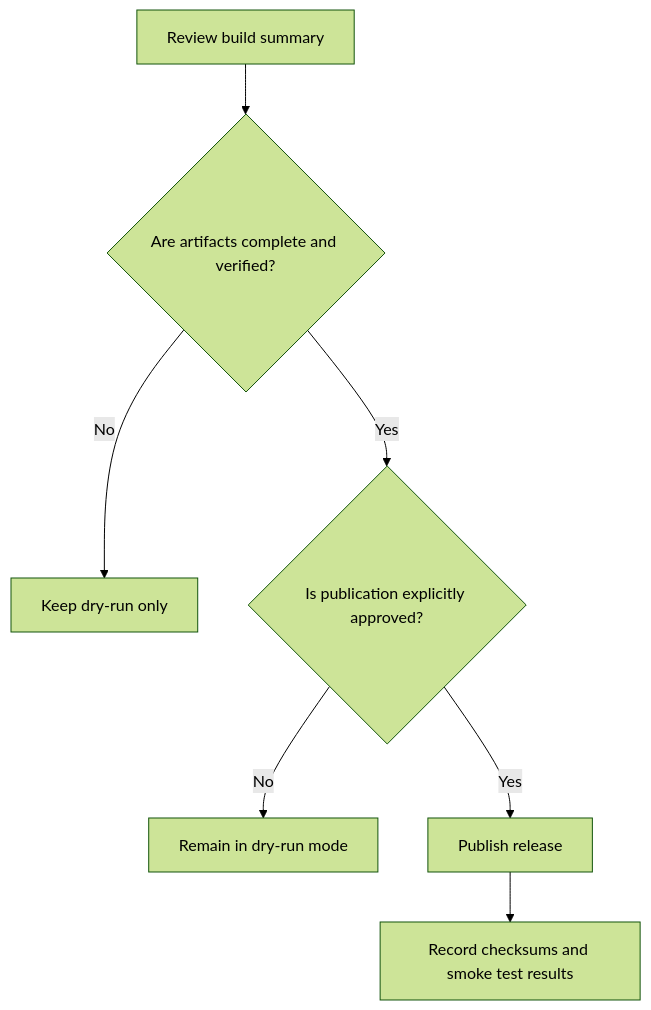
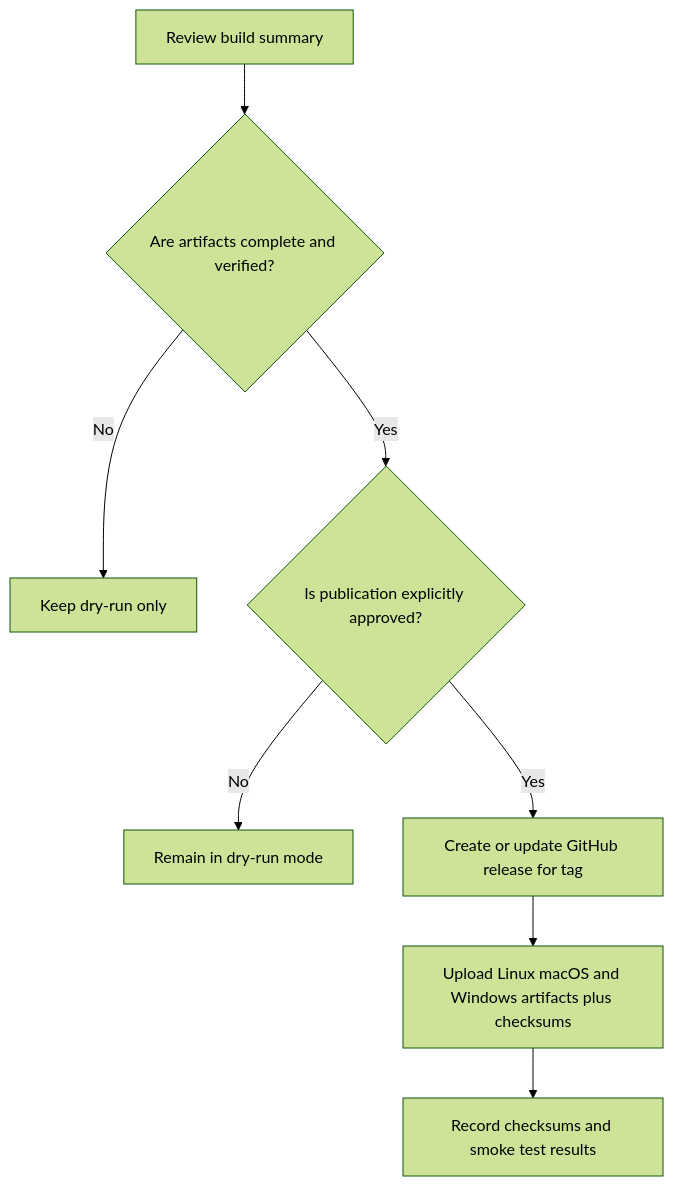
The third of 3 diagrams in flowcharts/cross-platform-build-distribution.md (vivekvedant/prune-guard), drawn with Mermaid (forest theme) before and after one commit. The commit also changed other lines of this file and 4 other files, not shown here.

Commit message:
ci(release): publish linux macos windows artifacts to github releases

````diff
--- a/flowcharts/cross-platform-build-distribution.md
+++ b/flowcharts/cross-platform-build-distribution.md
@@ -31,9 +31,10 @@
 ```mermaid
 flowchart TD
     A[Review build summary] --> B{Are artifacts complete and verified?}
     B -- No --> C[Keep dry-run only]
     B -- Yes --> D{Is publication explicitly approved?}
     D -- No --> E[Remain in dry-run mode]
-    D -- Yes --> F[Publish release]
-    F --> G[Record checksums and smoke test results]
+    D -- Yes --> F[Create or update GitHub release for tag]
+    F --> G[Upload Linux macOS and Windows artifacts plus checksums]
+    G --> H[Record checksums and smoke test results]
 ```
````
